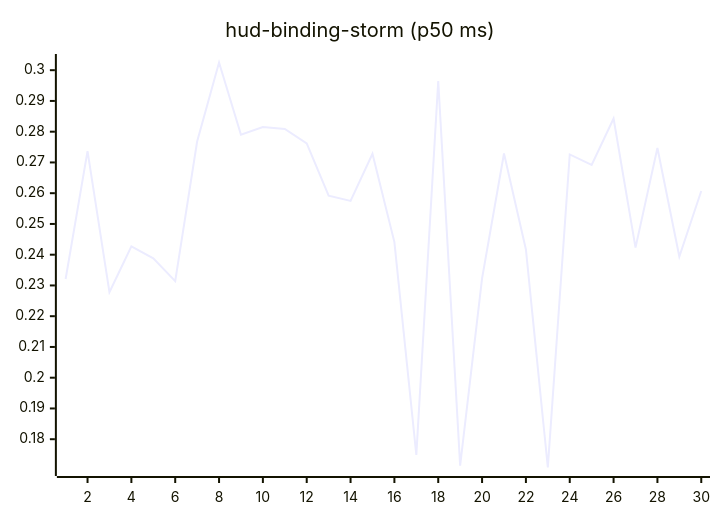
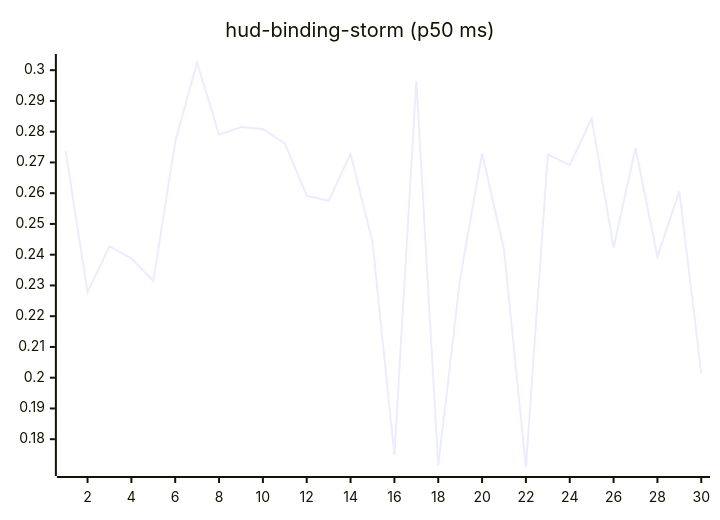
The tenth of 27 diagrams in README.md (josha/Facet), drawn with Mermaid before and after one commit. The commit also changed other lines of this file and 2 other files, not shown here.

````diff
--- a/README.md
+++ b/README.md
@@ -126,6 +126,6 @@
 ```mermaid
 xychart-beta
     title "hud-binding-storm (p50 ms)"
     x-axis 1 --> 30
-    line [0.2321, 0.2737, 0.2278, 0.2427, 0.2388, 0.2314, 0.2768, 0.3025, 0.2790, 0.2815, 0.2809, 0.2762, 0.2592, 0.2575, 0.2728, 0.2441, 0.1749, 0.2965, 0.1714, 0.2323, 0.2729, 0.2417, 0.1708, 0.2726, 0.2692, 0.2843, 0.2423, 0.2747, 0.2394, 0.2607]
+    line [0.2737, 0.2278, 0.2427, 0.2388, 0.2314, 0.2768, 0.3025, 0.2790, 0.2815, 0.2809, 0.2762, 0.2592, 0.2575, 0.2728, 0.2441, 0.1749, 0.2965, 0.1714, 0.2323, 0.2729, 0.2417, 0.1708, 0.2726, 0.2692, 0.2843, 0.2423, 0.2747, 0.2394, 0.2607, 0.2014]
 ```
````
